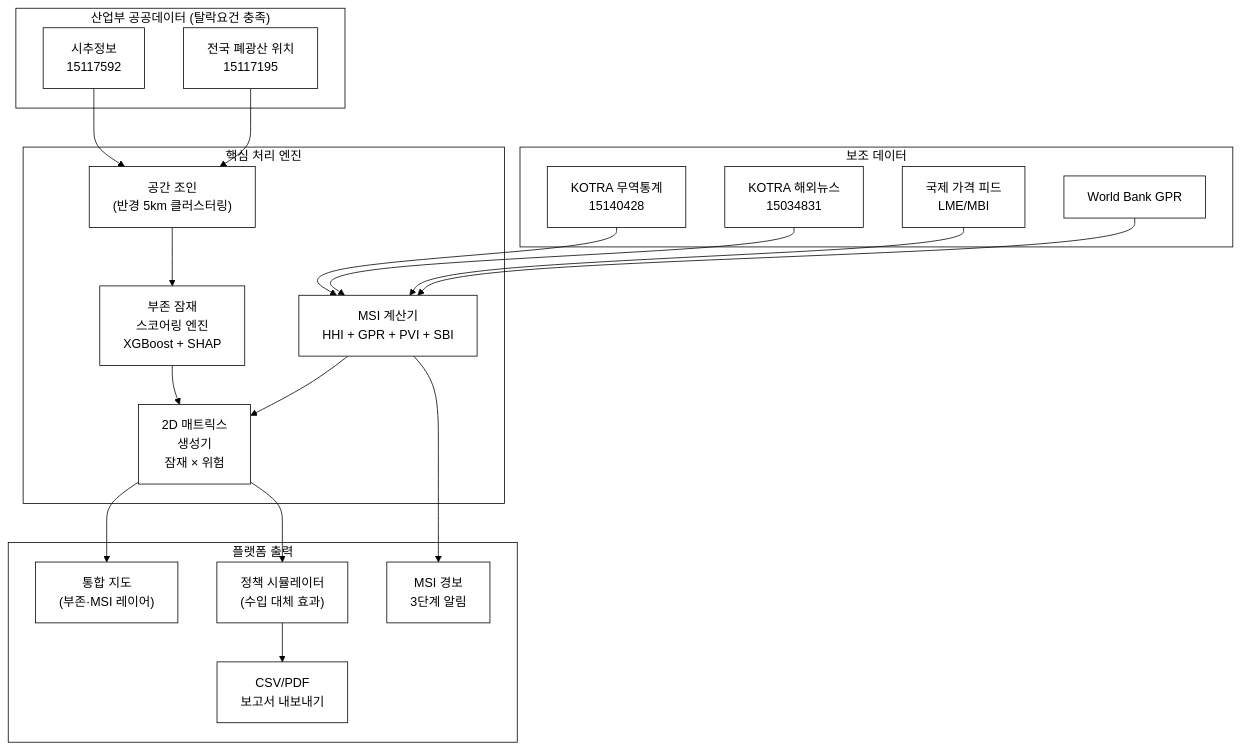
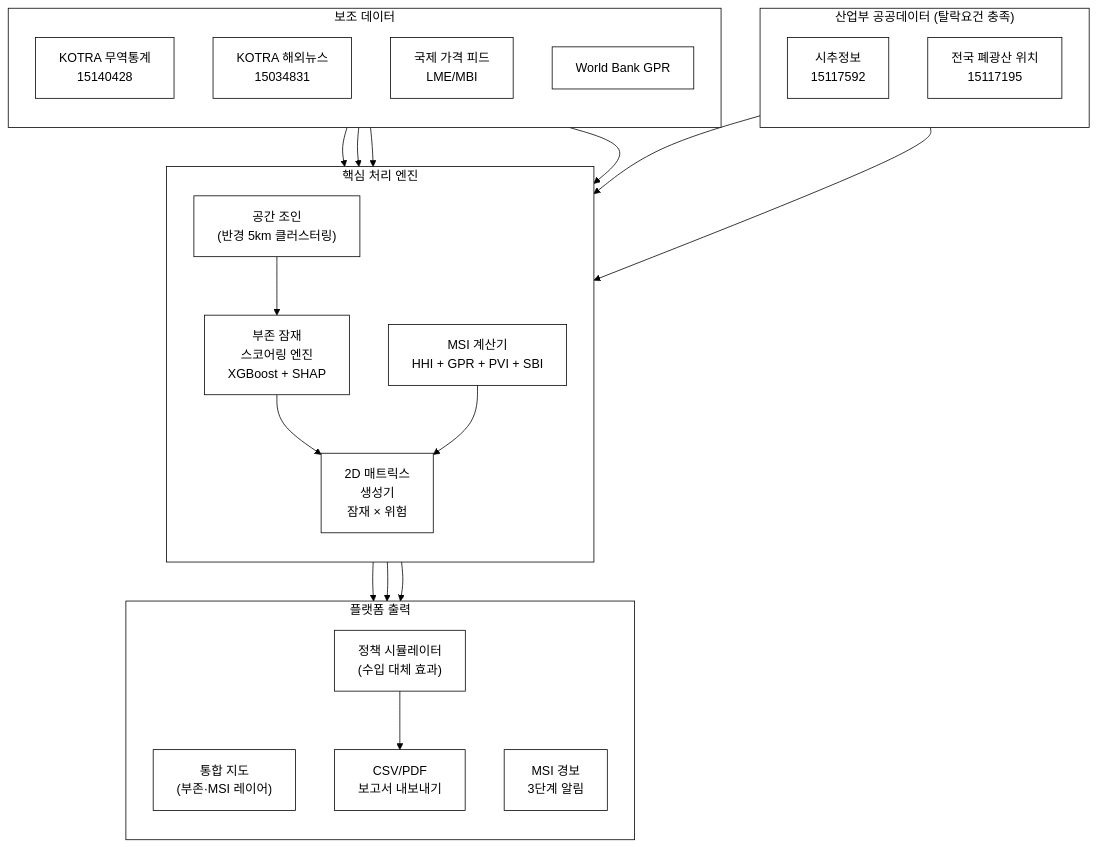
One commit to iamywl/pulicdata-congress changed the first of 5 diagrams in 38-핵심광물-자원안보맵/biz/1_제안서.md. Above: the diagram before and after it, drawn with Mermaid. The commit also changed other lines of this file and 44 other files, not shown here.

````diff
--- a/38-핵심광물-자원안보맵/biz/1_제안서.md
+++ b/38-핵심광물-자원안보맵/biz/1_제안서.md
@@ -223,39 +223,43 @@
 ```mermaid
 %%{init: {'theme':'base','themeVariables':{'background':'#ffffff','primaryColor':'#ffffff','primaryBorderColor':'#000000','primaryTextColor':'#000000','secondaryColor':'#ffffff','secondaryBorderColor':'#000000','secondaryTextColor':'#000000','tertiaryColor':'#ffffff','tertiaryBorderColor':'#000000','tertiaryTextColor':'#000000','mainBkg':'#ffffff','secondBkg':'#ffffff','lineColor':'#000000','textColor':'#000000','clusterBkg':'#ffffff','clusterBorder':'#000000','edgeLabelBackground':'#ffffff','actorBkg':'#ffffff','actorBorder':'#000000','noteBkgColor':'#ffffff','noteBorderColor':'#000000','signalColor':'#000000','signalTextColor':'#000000','fontFamily':'Georgia, serif'}}}%%
-flowchart TD
+flowchart TB
     subgraph IN["산업부 공공데이터 (탈락요건 충족)"]
+        direction TB
         A1["시추정보<br/>15117592"]
         A2["전국 폐광산 위치<br/>15117195"]
     end
     subgraph AUX["보조 데이터"]
+        direction TB
         B1["KOTRA 무역통계<br/>15140428"]
         B2["KOTRA 해외뉴스<br/>15034831"]
         B3["국제 가격 피드<br/>LME/MBI"]
         B4["World Bank GPR"]
     end
     subgraph ENGINE["핵심 처리 엔진"]
+        direction TB
         C1["공간 조인<br/>(반경 5km 클러스터링)"]
         C2["부존 잠재<br/>스코어링 엔진<br/>XGBoost + SHAP"]
         C3["MSI 계산기<br/>HHI + GPR + PVI + SBI"]
         C4["2D 매트릭스<br/>생성기<br/>잠재 × 위험"]
     end
     subgraph OUT["플랫폼 출력"]
+        direction TB
         D1["통합 지도<br/>(부존·MSI 레이어)"]
         D2["MSI 경보<br/>3단계 알림"]
         D3["정책 시뮬레이터<br/>(수입 대체 효과)"]
         D4["CSV/PDF<br/>보고서 내보내기"]
     end
     A1 --> C1
     A2 --> C1
     C1 --> C2
     B1 --> C3
     B2 --> C3
     B3 --> C3
     B4 --> C3
     C2 --> C4
     C3 --> C4
     C4 --> D1
     C3 --> D2
     C4 --> D3
     D3 --> D4
 ```
````
